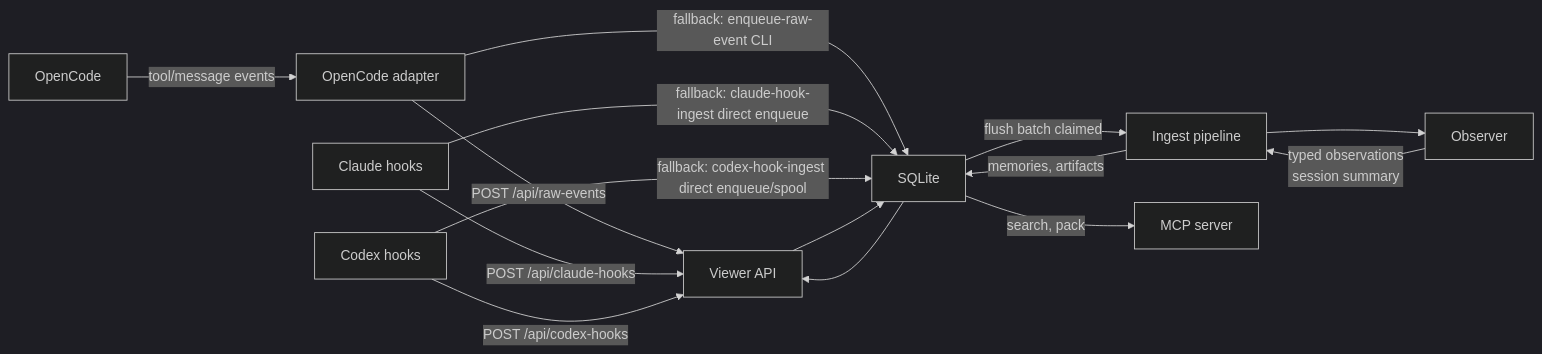
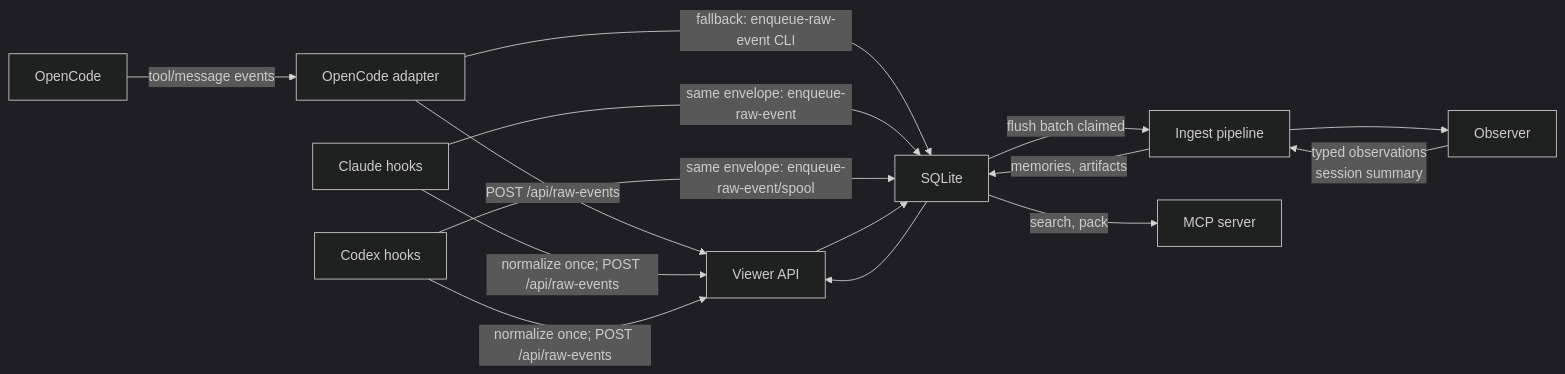
One commit to ZeR020/codemem changed the first of 4 diagrams in docs/architecture.md. Above: the diagram before and after it, drawn with Mermaid (dark theme). The commit also changed other lines of this file and 19 other files, not shown here.

````diff
--- a/docs/architecture.md
+++ b/docs/architecture.md
@@ -23,17 +23,17 @@
 ```mermaid
 flowchart LR
     OC["OpenCode"] -->|tool/message events| OCA["OpenCode adapter"]
     OCA -->|POST /api/raw-events| VW["Viewer API"]
     OCA -->|fallback: enqueue-raw-event CLI| DB
-    CH["Claude hooks"] -->|POST /api/claude-hooks| VW
-    CH -->|fallback: claude-hook-ingest direct enqueue| DB
-    CX["Codex hooks"] -->|POST /api/codex-hooks| VW
-    CX -->|fallback: codex-hook-ingest direct enqueue/spool| DB
+    CH["Claude hooks"] -->|normalize once; POST /api/raw-events| VW
+    CH -->|same envelope: enqueue-raw-event| DB
+    CX["Codex hooks"] -->|normalize once; POST /api/raw-events| VW
+    CX -->|same envelope: enqueue-raw-event/spool| DB
     VW --> DB["SQLite"]
     DB -->|flush batch claimed| IN["Ingest pipeline"]
     IN --> OB["Observer"]
     OB -->|typed observations\nsession summary| IN
     IN -->|memories, artifacts| DB
     DB -->|search, pack| MCP["MCP server"]
     DB --> VW
 ```
````
